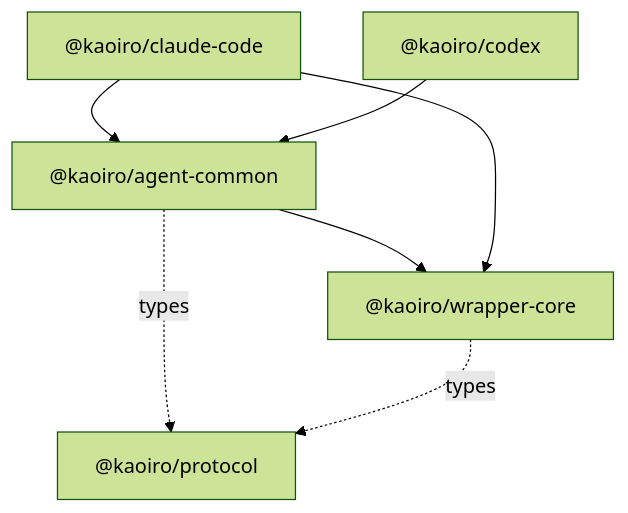
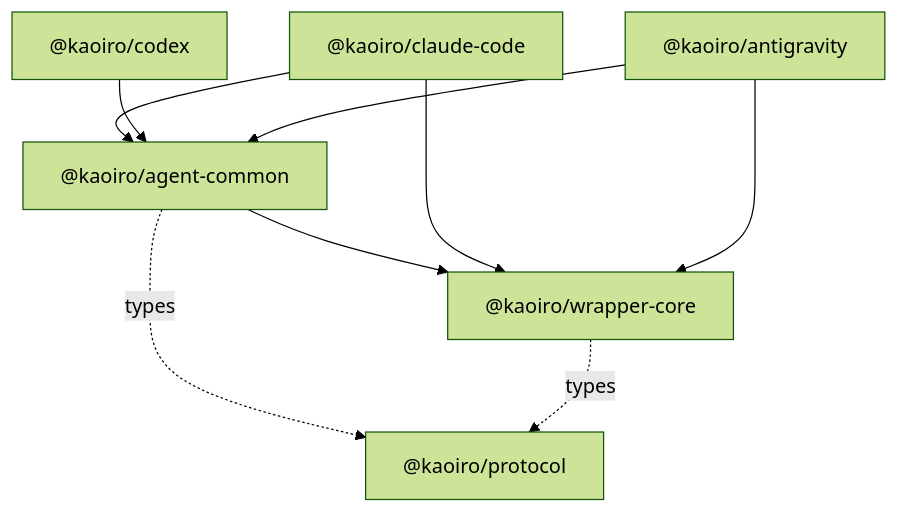
The diagram in wrapper/README.md (sakuraiyuta/kaoiro), drawn with Mermaid (forest theme) before and after one commit. The commit also changed other lines of this file and 5 other files, not shown here.

````diff
--- a/wrapper/README.md
+++ b/wrapper/README.md
@@ -21,9 +20,11 @@
 ```mermaid
 graph TD
   CC["@kaoiro/claude-code"] --> AC["@kaoiro/agent-common"]
   CX["@kaoiro/codex"] --> AC
+  AG["@kaoiro/antigravity"] --> AC
   AC --> CORE["@kaoiro/wrapper-core"]
   CC --> CORE
+  AG --> CORE
   AC -. types .-> P["@kaoiro/protocol"]
   CORE -. types .-> P
 ```
````
